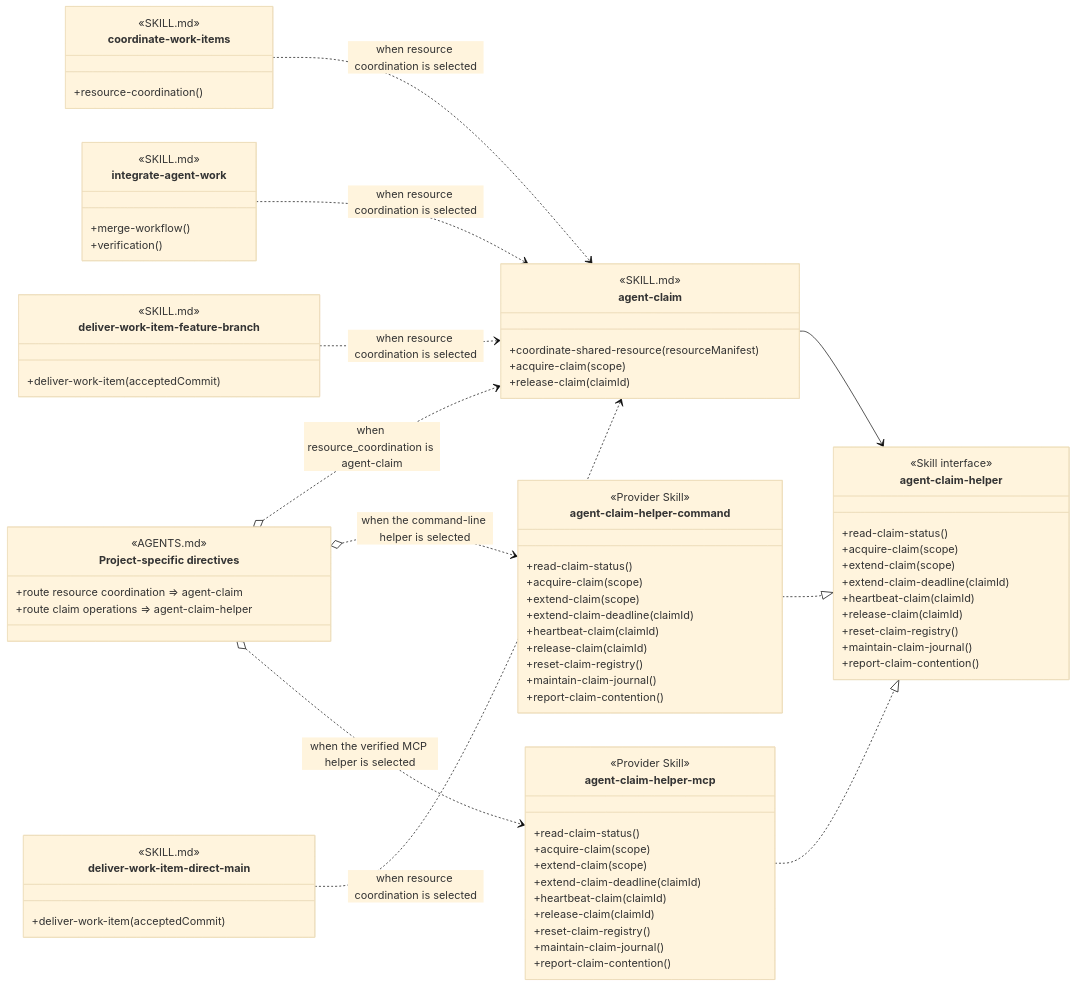
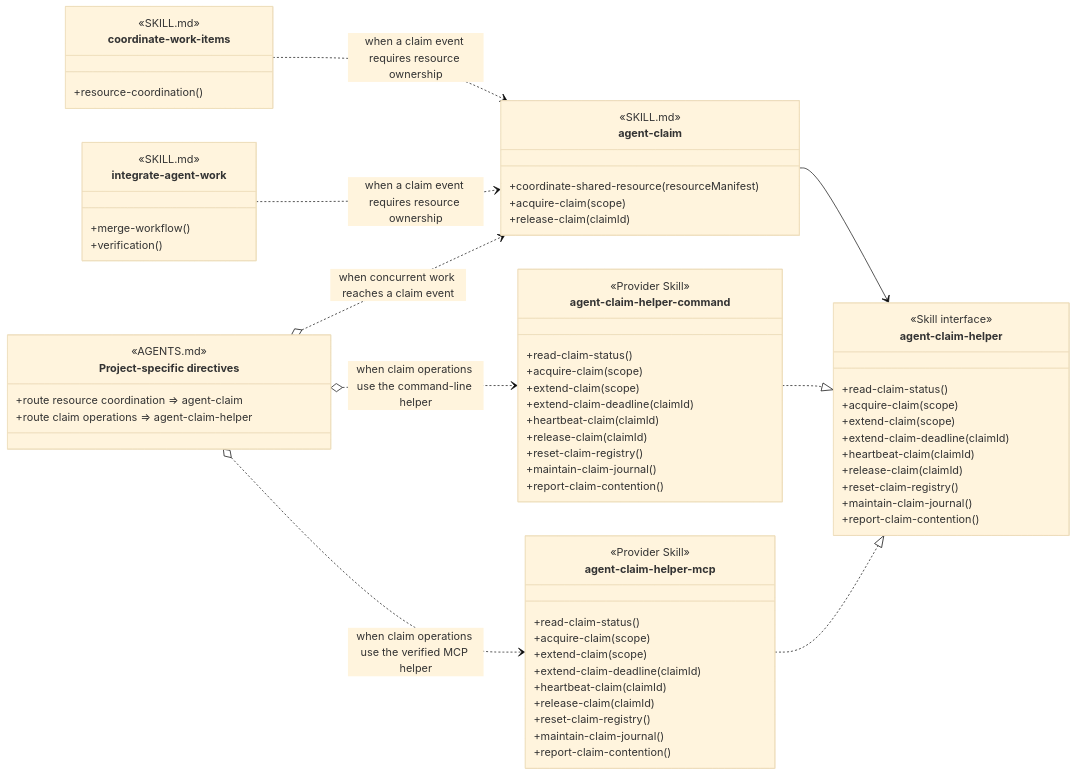
One commit to martinbechard/dev-methodology changed the seventh of 8 diagrams in design/skill-groups/concurrent-tasking.md. Above: the diagram before and after it, drawn with Mermaid (base theme). The commit also changed other lines of this file and 1 other file, not shown here.

Commit message:
Center coordination scenario on concurrent agents

```diff
--- a/design/skill-groups/concurrent-tasking.md
+++ b/design/skill-groups/concurrent-tasking.md
@@ -547,16 +547,6 @@
         <<Agent Skill>>
         +merge-workflow()
         +verification()
-    }
-
-    class deliver-work-item-feature-branch {
-        <<SKILL.md>>
-        +deliver-work-item(acceptedCommit)
-    }
-
-    class deliver-work-item-direct-main {
-        <<SKILL.md>>
-        +deliver-work-item(acceptedCommit)
     }
 
     class project-specific-directives["Project-specific directives"] {
@@ -612,13 +602,11 @@
         +report-claim-contention()
     }
 
-    project-specific-directives o..> agent-claim : when resource_coordination is agent-claim
-    project-specific-directives o..> agent-claim-helper-command : when the command-line helper is selected
-    project-specific-directives o..> agent-claim-helper-mcp : when the verified MCP helper is selected
-    coordinate-work-items ..> agent-claim : when resource coordination is selected
-    integrate-agent-work ..> agent-claim : when resource coordination is selected
-    deliver-work-item-feature-branch ..> agent-claim : when resource coordination is selected
-    deliver-work-item-direct-main ..> agent-claim : when resource coordination is selected
+    project-specific-directives o..> agent-claim : when concurrent work reaches a claim event
+    project-specific-directives o..> agent-claim-helper-command : when claim operations use the command-line helper
+    project-specific-directives o..> agent-claim-helper-mcp : when claim operations use the verified MCP helper
+    coordinate-work-items ..> agent-claim : when a claim event requires resource ownership
+    integrate-agent-work ..> agent-claim : when a claim event requires resource ownership
     agent-claim --> ClaimHelper
     agent-claim-helper-command ..|> ClaimHelper
     agent-claim-helper-mcp ..|> ClaimHelper
```
